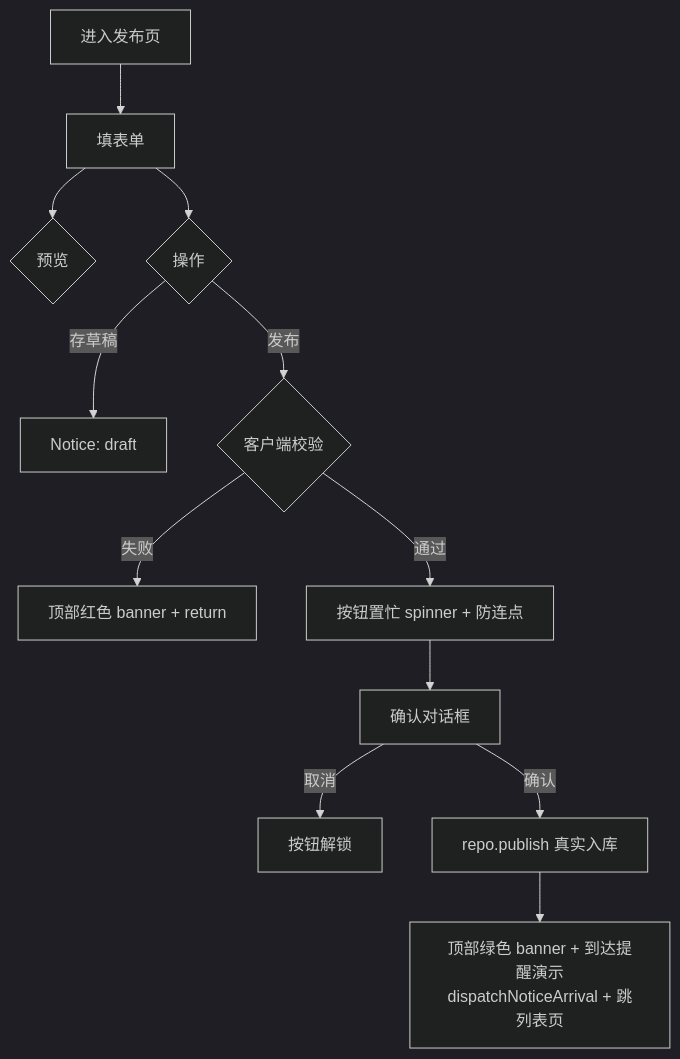
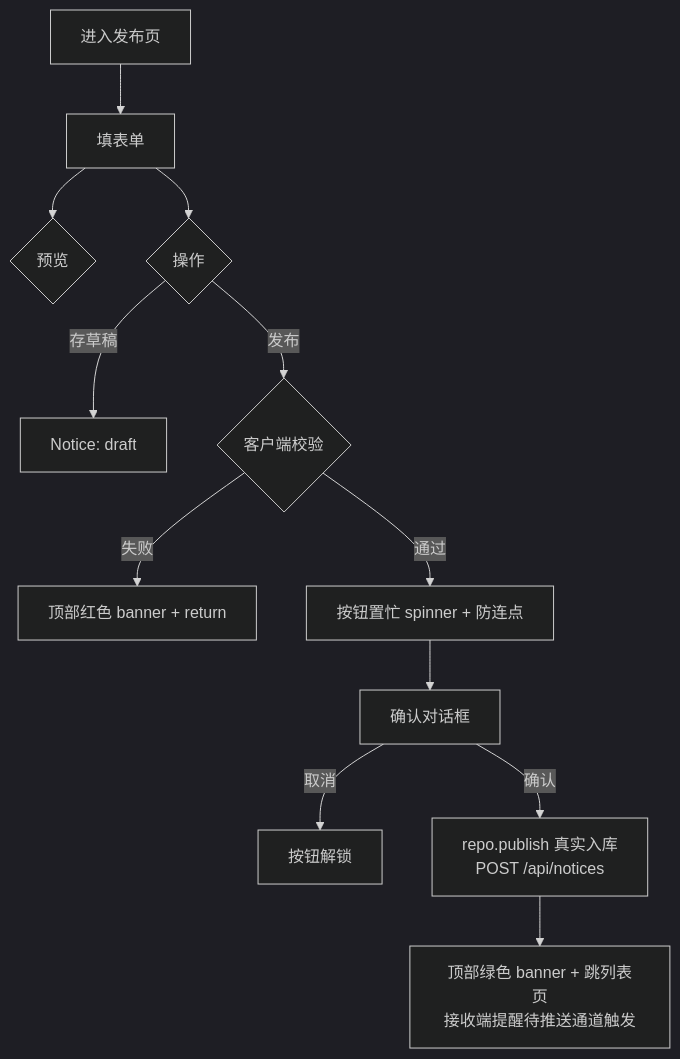
One commit to BruceChu0424/utenelec_imp changed the diagram in docs/03-页面/通知发布页.md. Above: the diagram before and after it, drawn with Mermaid (dark theme). The commit also changed other lines of this file and 385 other files, not shown here.

````diff
--- a/docs/03-页面/通知发布页.md
+++ b/docs/03-页面/通知发布页.md
@@ -86,14 +83,14 @@
 ```mermaid
 flowchart TD
     A[进入发布页] --> F[填表单]
     F --> PV{预览}
     F --> OP{操作}
     OP -->|存草稿| D[Notice: draft]
     OP -->|发布| V{客户端校验}
     V -->|失败| E1[顶部红色 banner + return]
     V -->|通过| B[按钮置忙 spinner + 防连点]
     B --> CF[确认对话框]
     CF -->|取消| E2[按钮解锁]
-    CF -->|确认| API[repo.publish 真实入库]
-    API --> E3[顶部绿色 banner + 到达提醒演示<br/>dispatchNoticeArrival + 跳列表页]
+    CF -->|确认| API[repo.publish 真实入库<br/>POST /api/notices]
+    API --> E3[顶部绿色 banner + 跳列表页<br/>接收端提醒待推送通道触发]
 ```
````
